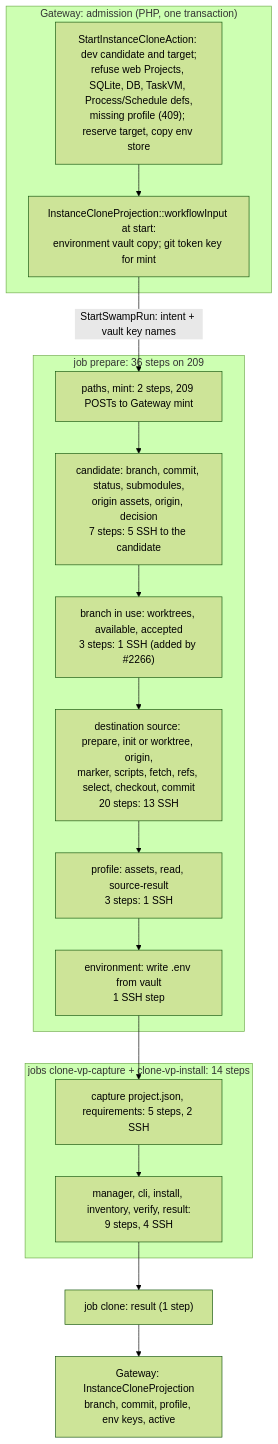
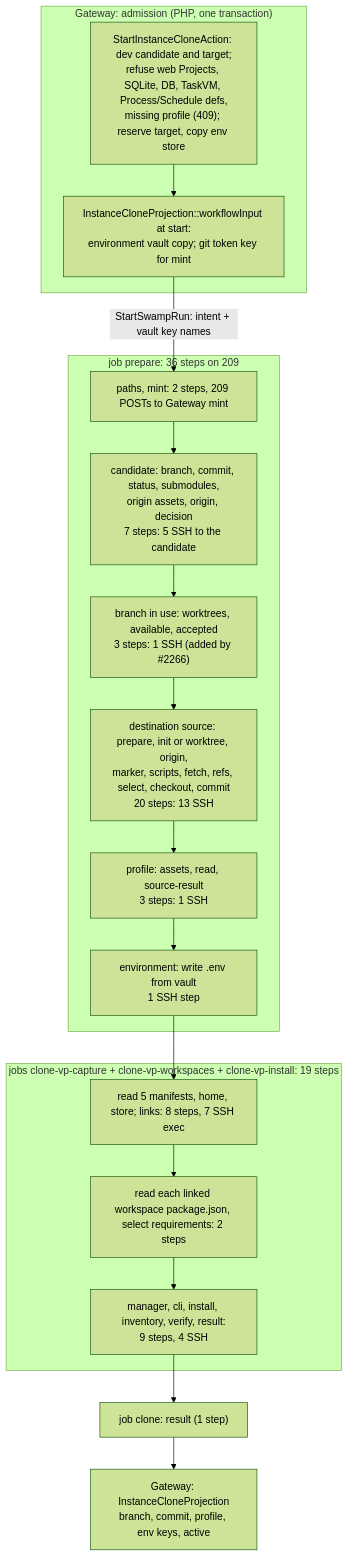
The second of 2 diagrams in docs/swamp/diagrams/instance-clone.md (hardimpactdev/orbit), drawn with Mermaid (forest theme) before and after one commit. The commit also changed other lines of this file and 10 other files, not shown here.

````diff
--- a/docs/swamp/diagrams/instance-clone.md
+++ b/docs/swamp/diagrams/instance-clone.md
@@ -75,31 +75,31 @@
 ```mermaid
 flowchart TD
   subgraph GW1["Gateway: admission (PHP, one transaction)"]
     A1["StartInstanceCloneAction: dev candidate and target;<br/>refuse web Projects, SQLite, DB, TaskVM, Process/Schedule defs,<br/>missing profile (409); reserve target, copy env store"]
     A2["InstanceCloneProjection::workflowInput at start:<br/>environment vault copy; git token key for mint"]
     A1 --> A2
   end
 
   subgraph PREP["job prepare: 36 steps on 209"]
     P0["paths, mint: 2 steps, 209 POSTs to Gateway mint"]
     P1["candidate: branch, commit, status, submodules,<br/>origin assets, origin, decision<br/>7 steps: 5 SSH to the candidate"]
     P2["branch in use: worktrees, available, accepted<br/>3 steps: 1 SSH (added by #2266)"]
     P3["destination source: prepare, init or worktree, origin,<br/>marker, scripts, fetch, refs, select, checkout, commit<br/>20 steps: 13 SSH"]
     P4["profile: assets, read, source-result<br/>3 steps: 1 SSH"]
     P5["environment: write .env from vault<br/>1 SSH step"]
     P0 --> P1 --> P2 --> P3 --> P4 --> P5
   end
 
-  subgraph VP["jobs clone-vp-capture + clone-vp-install: 14 steps"]
-    V1["capture project.json, requirements: 5 steps, 2 SSH"]
+  subgraph VP["jobs clone-vp-capture + clone-vp-workspaces + clone-vp-install: 19 steps"]
+    V1["read 5 manifests, home, store; links: 8 steps, 7 SSH exec"]
     V2["manager, cli, install, inventory, verify, result:<br/>9 steps, 4 SSH"]
-    V1 --> V2
+    V1 --> W1["read each linked workspace package.json, select requirements: 2 steps"] --> V2
   end
 
   R["job clone: result (1 step)"]
   G["Gateway: InstanceCloneProjection<br/>branch, commit, profile, env keys, active"]
 
   A2 -- "StartSwampRun: intent + vault key names" --> P0
   P5 --> V1
   V2 --> R --> G
 ```
````
